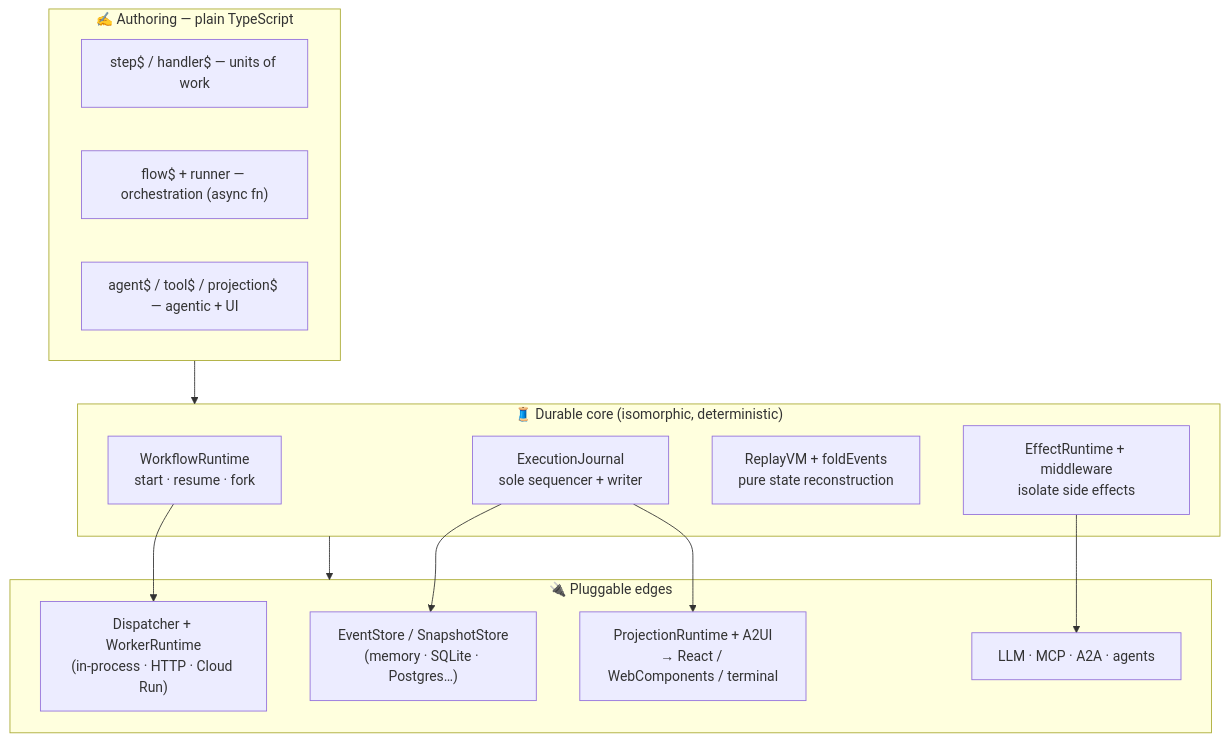
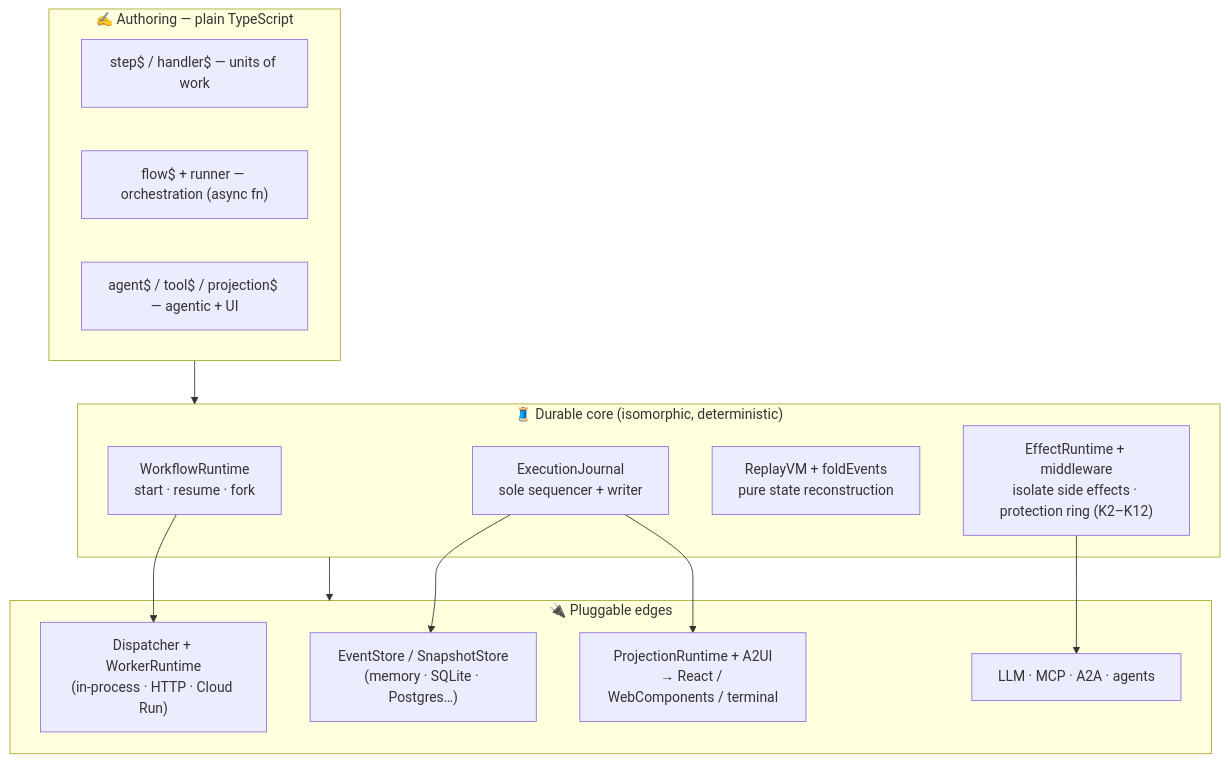
One commit to chhetrisushil/loom changed the second of 11 diagrams in docs/architecture.md. Above: the diagram before and after it, drawn with Mermaid. The commit also changed other lines of this file and 8 other files, not shown here.

First line of the commit message:
docs: kernel-hardening/security coverage, new CLI guide, diagram sync

````diff
--- a/docs/architecture.md
+++ b/docs/architecture.md
@@ -115,29 +115,29 @@
 ```mermaid
 flowchart TB
   subgraph Authoring["✍️  Authoring — plain TypeScript"]
     A1["step$ / handler$ — units of work"]
     A2["flow$ + runner — orchestration (async fn)"]
     A3["agent$ / tool$ / projection$ — agentic + UI"]
   end
 
   subgraph Core["🧵  Durable core (isomorphic, deterministic)"]
     C1["WorkflowRuntime<br/>start · resume · fork"]
     C2["ExecutionJournal<br/>sole sequencer + writer"]
     C3["ReplayVM + foldEvents<br/>pure state reconstruction"]
-    C4["EffectRuntime + middleware<br/>isolate side effects"]
+    C4["EffectRuntime + middleware<br/>isolate side effects · protection ring (K2–K12)"]
   end
 
   subgraph Edges["🔌  Pluggable edges"]
     E1["EventStore / SnapshotStore<br/>(memory · SQLite · Postgres…)"]
     E2["ProjectionRuntime + A2UI<br/>→ React / WebComponents / terminal"]
     E3["Dispatcher + WorkerRuntime<br/>(in-process · HTTP · Cloud Run)"]
     E4["LLM · MCP · A2A · agents"]
   end
 
   Authoring --> Core
   Core --> Edges
   C2 --> E1
   C2 --> E2
   C1 --> E3
   C4 --> E4
 ```
````
